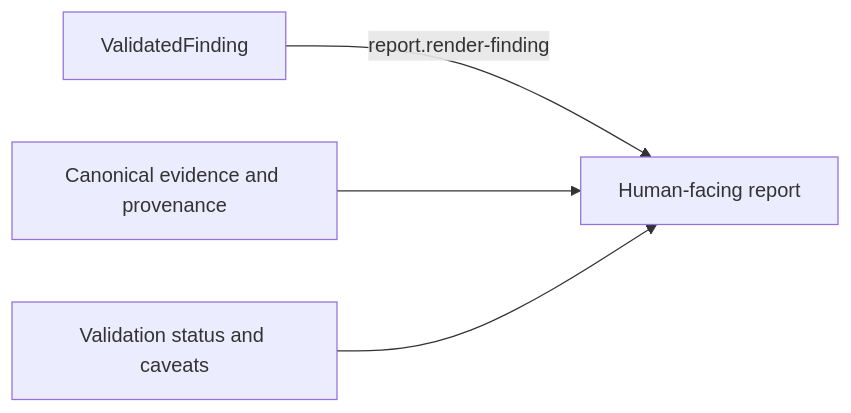
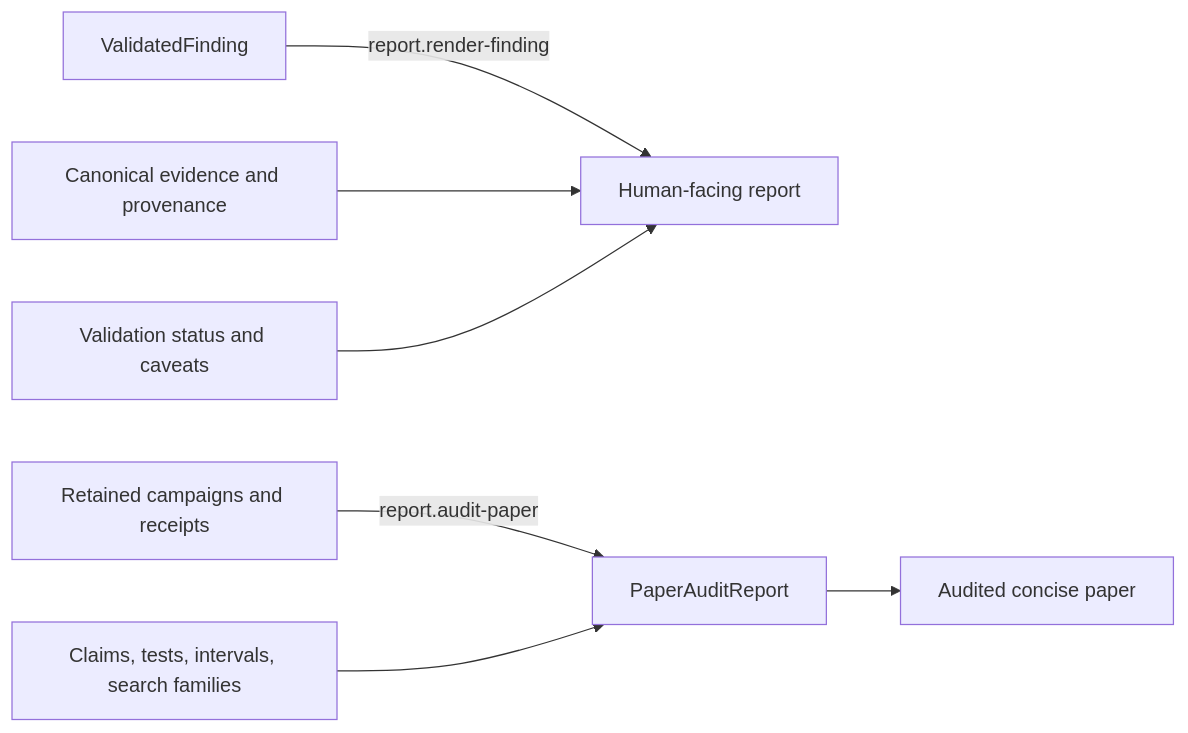
Before and after one commit to kthaisociety/Polymarket: the diagram in docs/architecture/reporting/README.md, drawn with Mermaid. The commit also changed other lines of this file and 265 other files, not shown here.

````diff
--- a/docs/architecture/reporting/README.md
+++ b/docs/architecture/reporting/README.md
@@ -7,6 +7,10 @@
 ```mermaid
 flowchart LR
     FINDING["ValidatedFinding"] -->|"report.render-finding"| REPORT["Human-facing report"]
     EVIDENCE["Canonical evidence and provenance"] --> REPORT
     CAVEATS["Validation status and caveats"] --> REPORT
+
+    CAMPAIGNS["Retained campaigns and receipts"] -->|"report.audit-paper"| AUDIT["PaperAuditReport"]
+    PROTOCOL["Claims, tests, intervals, search families"] --> AUDIT
+    AUDIT --> PAPER["Audited concise paper"]
 ```
````
